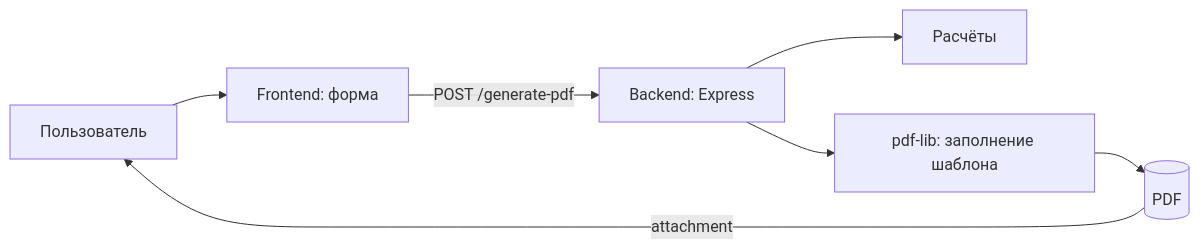
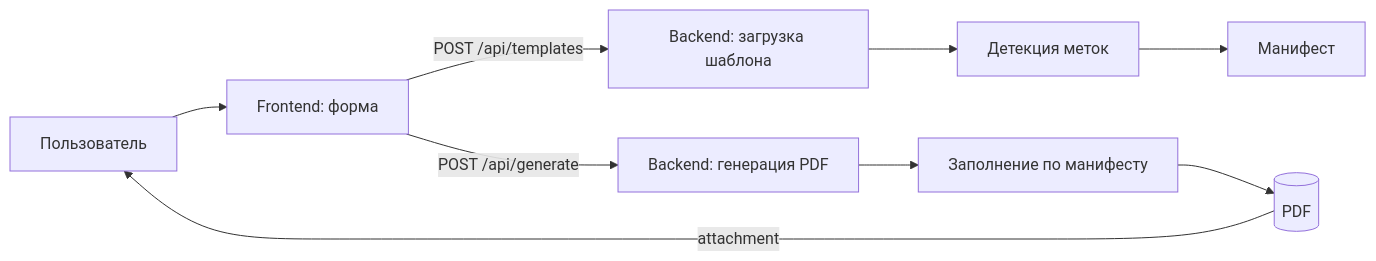
The diagram in docs/Project.md (Sergtsk45/projectPZpdf1), drawn with Mermaid before and after one commit. The commit also changed other lines of this file and 8 other files, not shown here.

````diff
--- a/docs/Project.md
+++ b/docs/Project.md
@@ -31,9 +32,11 @@
 ```mermaid
 flowchart LR
   A[Пользователь] --> B[Frontend: форма]
-  B -->|POST /generate-pdf| C[Backend: Express]
-  C --> D[Расчёты]
-  C --> E[pdf-lib: заполнение шаблона]
-  E --> F[(PDF)]
-  F -->|attachment| A
+  B -->|POST /api/templates| C[Backend: загрузка шаблона]
+  B -->|POST /api/generate| D[Backend: генерация PDF]
+  C --> E[Детекция меток]
+  E --> F[Манифест]
+  D --> G[Заполнение по манифесту]
+  G --> H[(PDF)]
+  H -->|attachment| A
 ```
````
